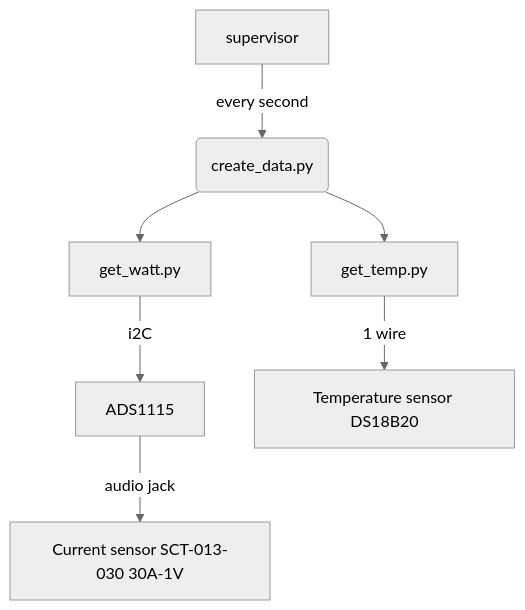
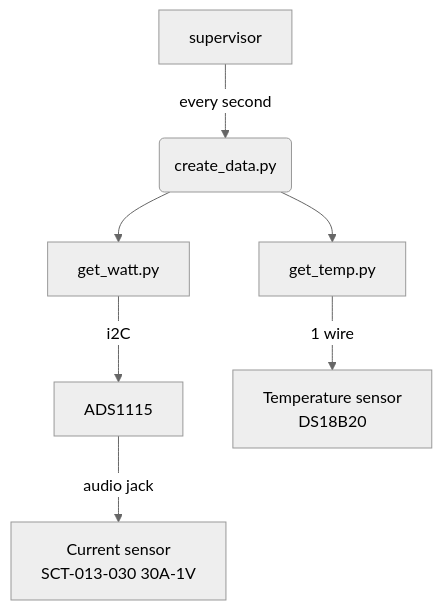
The fourth of 4 diagrams in docs/software.md (cheperboy/chaudiere), drawn with Mermaid (neutral theme) before and after one commit. The commit also changed other lines of this file, not shown here.

````diff
--- a/docs/software.md
+++ b/docs/software.md
@@ -35,9 +98,9 @@
 ```mermaid
 graph TD
-A[supervisor] -->|every second| B(create_data.py)
-B --> C[get_watt.py]
-C --> |i2C| E[ADS1115]
-E --> |audio jack| F[Current sensor SCT-013-030 30A-1V]
-B --> G[get_temp.py]
-G --> |1 wire| H[Temperature sensor DS18B20]
+    A[supervisor] -->|every second| B(create_data.py)
+    B --> C[get_watt.py]
+    C --> |i2C| E[ADS1115]
+    E --> |audio jack| F[Current sensor <br>SCT-013-030 30A-1V]
+    B --> G[get_temp.py]
+    G --> |1 wire| H[Temperature sensor <br>DS18B20]
 ```
````
